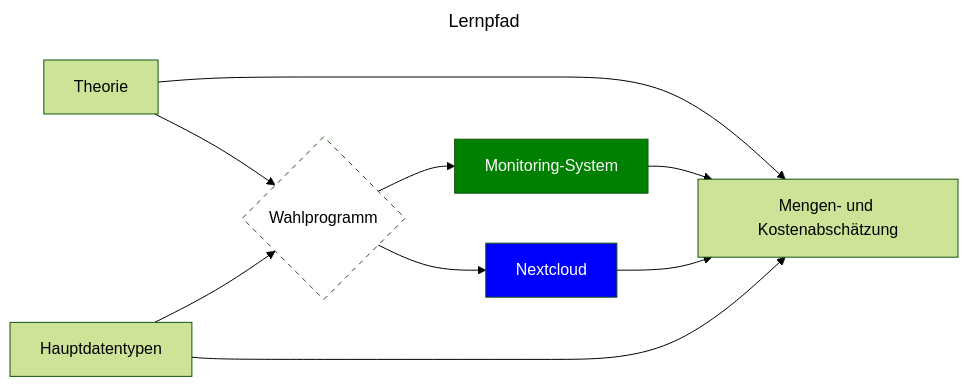
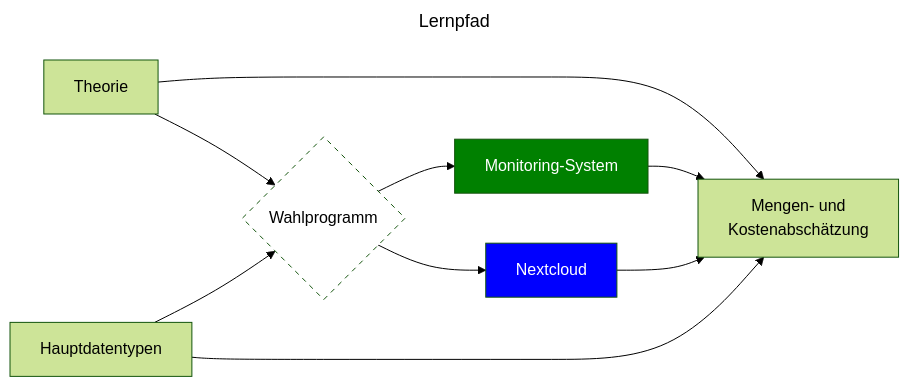
Before and after one commit to patrickbucher/m346.frickelbude.ch: the diagram in content/_index.md, drawn with Mermaid (forest theme).

Commit message:
fixed graph

````diff
--- a/content/_index.md
+++ b/content/_index.md
@@ -10,18 +10,18 @@
 ```mermaid
 ---
 title: Lernpfad
 ---
 graph LR;
-    theorie[Theorie] --> kosten[Mengen- und Kostenabschätzung]
+    theorie[Theorie] --> kosten[Mengen- und<br>Kostenabschätzung]
     theorie --> wahl{Wahlprogramm}
     datentypen[Hauptdatentypen] --> wahl
     wahl --> monitoring[Monitoring-System]
     wahl --> nextcloud[Nextcloud]
     monitoring --> kosten
     nextcloud --> kosten
     datentypen --> kosten
 
     style monitoring fill:green,color:white
     style nextcloud fill:blue,color:white
     style wahl fill:white,stroke-dasharray: 5 5
 ```
````
